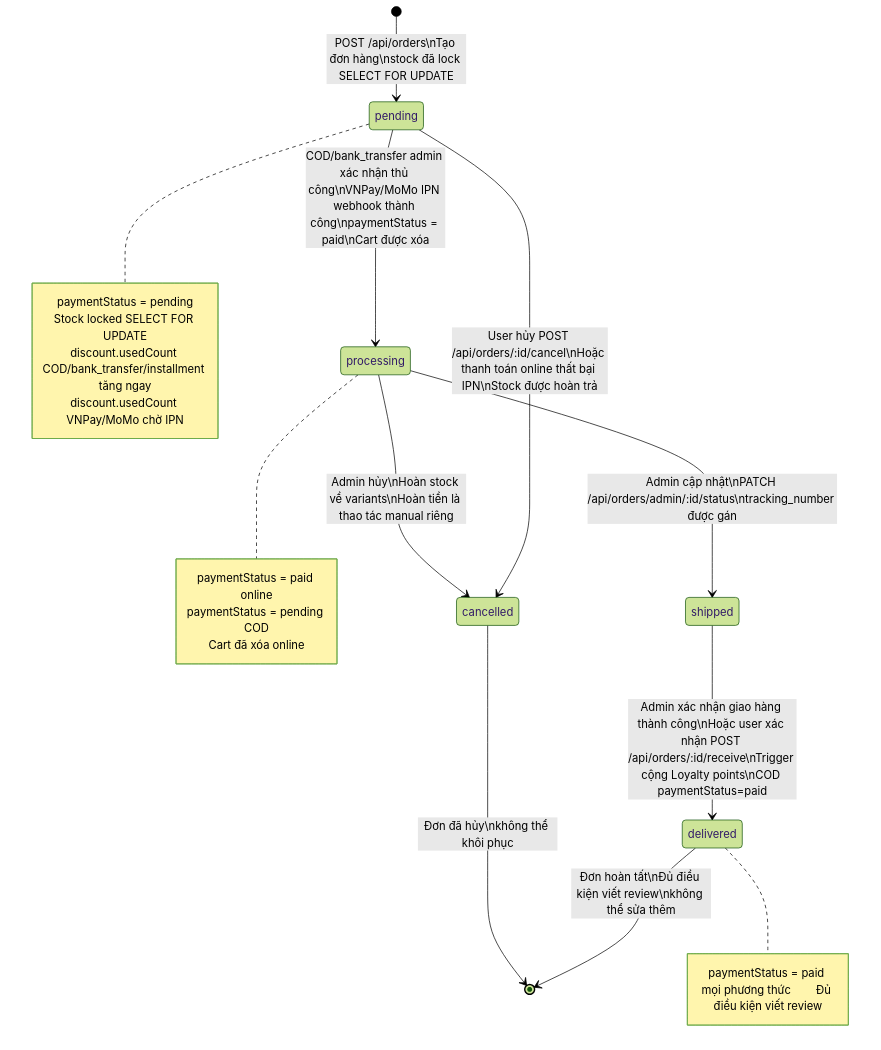
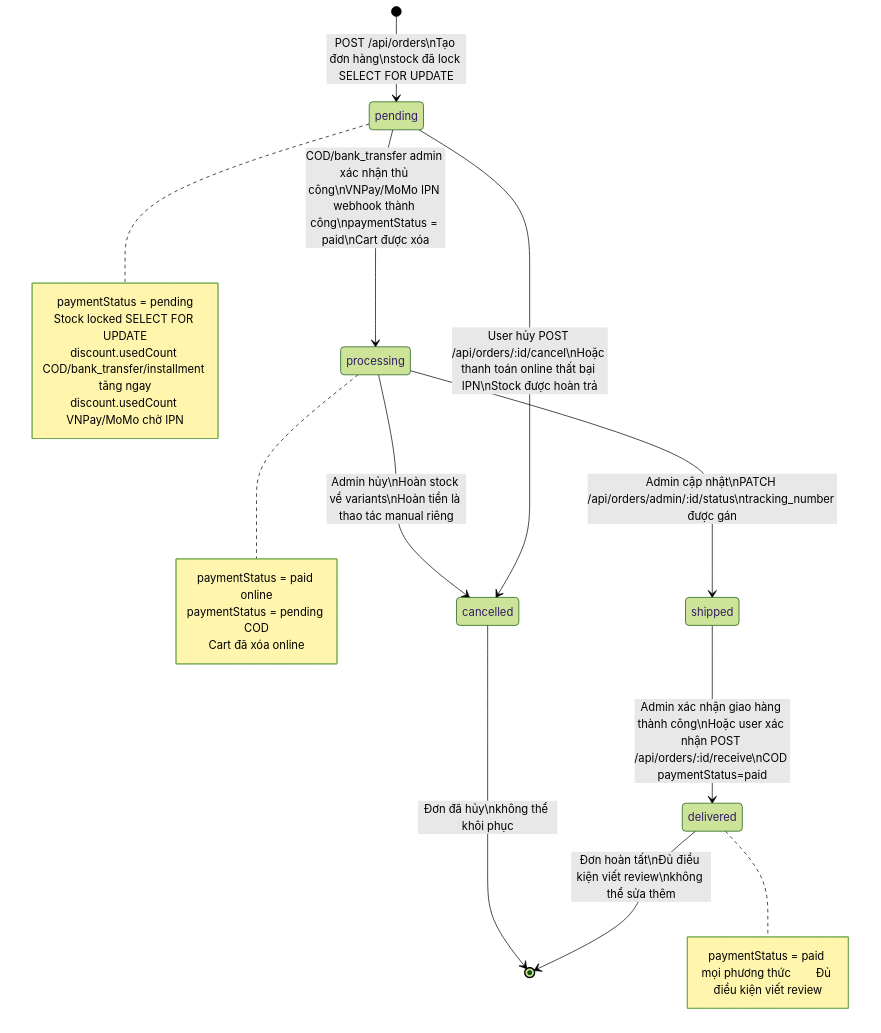
Before and after one commit to MinhThang1009/E-commerce-website: diagram 24 of 28 in DIAGRAMS.md, drawn with Mermaid (forest theme). The commit also changed other lines of this file and 306 other files, not shown here.

````diff
--- a/DIAGRAMS.md
+++ b/DIAGRAMS.md
@@ -1441,35 +1403,35 @@
 ```mermaid
 stateDiagram-v2
     [*] --> pending : POST /api/orders\nTạo đơn hàng\nstock đã lock SELECT FOR UPDATE
 
     pending --> processing : COD/bank_transfer admin xác nhận thủ công\nVNPay/MoMo IPN webhook thành công\npaymentStatus = paid\nCart được xóa
 
     pending --> cancelled : User hủy POST /api/orders/:id/cancel\nHoặc thanh toán online thất bại IPN\nStock được hoàn trả
 
     processing --> shipped : Admin cập nhật\nPATCH /api/orders/admin/:id/status\ntracking_number được gán
 
     processing --> cancelled : Admin hủy\nHoàn stock về variants\nHoàn tiền là thao tác manual riêng
 
-    shipped --> delivered : Admin xác nhận giao hàng thành công\nHoặc user xác nhận POST /api/orders/:id/receive\nTrigger cộng Loyalty points\nCOD paymentStatus=paid
+    shipped --> delivered : Admin xác nhận giao hàng thành công\nHoặc user xác nhận POST /api/orders/:id/receive\nCOD paymentStatus=paid
 
     delivered --> [*] : Đơn hoàn tất\nĐủ điều kiện viết review\nkhông thể sửa thêm
 
     cancelled --> [*] : Đơn đã hủy\nkhông thể khôi phục
 
     note right of pending
         paymentStatus = pending
         Stock locked SELECT FOR UPDATE
         discount.usedCount COD/bank_transfer/installment tăng ngay
         discount.usedCount VNPay/MoMo chờ IPN
     end note
 
     note right of processing
         paymentStatus = paid online
         paymentStatus = pending COD
         Cart đã xóa online
     end note
 
     note right of delivered
         paymentStatus = paid mọi phương thức        Đủ điều kiện viết review
     end note
 ```
````
